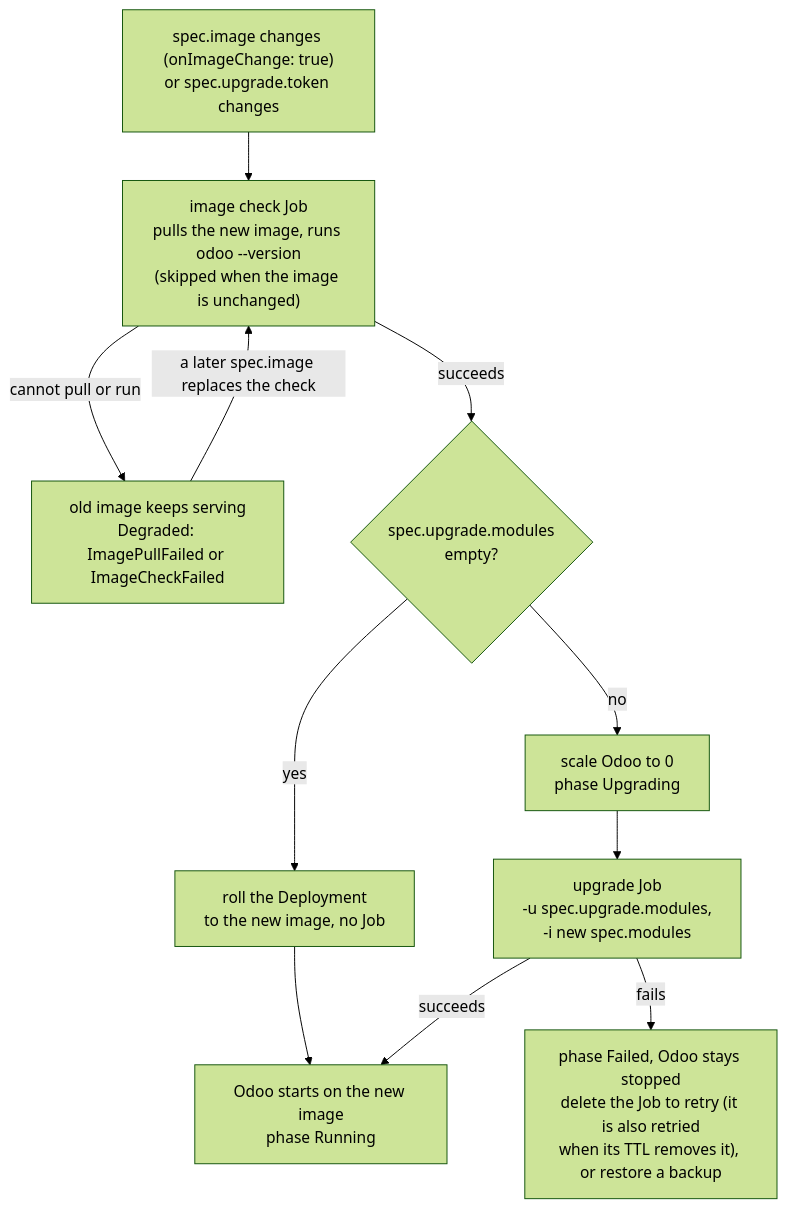
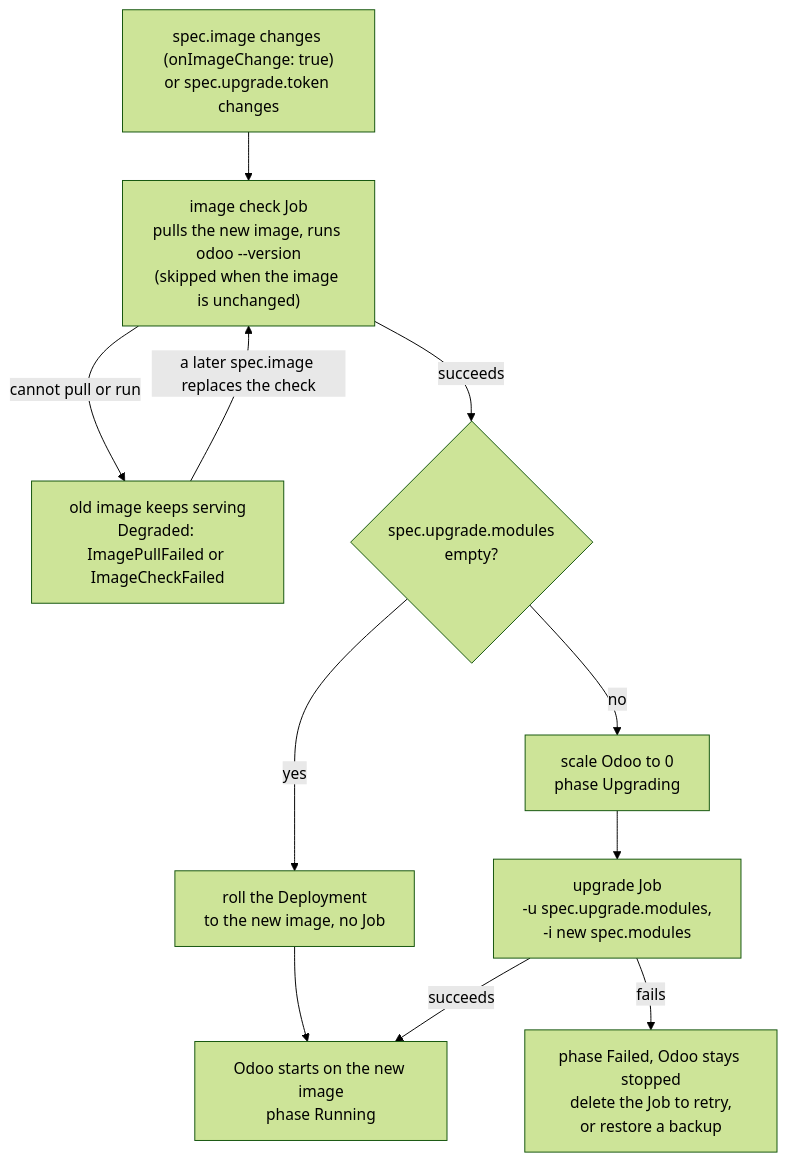
Before and after one commit to MohanadAbugharbia/odoo-operator: the diagram in docs/guides/upgrades.md, drawn with Mermaid (forest theme). The commit also changed other lines of this file and 10 other files, not shown here.

First line of the commit message:
Keep a failed init or upgrade Job until someone deletes it

````diff
--- a/docs/guides/upgrades.md
+++ b/docs/guides/upgrades.md
@@ -5,21 +5,21 @@
 ```mermaid
 flowchart TD
   trigger["spec.image changes (onImageChange: true)<br/>or spec.upgrade.token changes"]
   check["image check Job<br/>pulls the new image, runs odoo --version<br/>(skipped when the image is unchanged)"]
   old["old image keeps serving<br/>Degraded: ImagePullFailed or ImageCheckFailed"]
   modules{"spec.upgrade.modules<br/>empty?"}
   roll["roll the Deployment<br/>to the new image, no Job"]
   stop["scale Odoo to 0<br/>phase Upgrading"]
   job["upgrade Job<br/>-u spec.upgrade.modules,<br/>-i new spec.modules"]
   running["Odoo starts on the new image<br/>phase Running"]
-  failed["phase Failed, Odoo stays stopped<br/>delete the Job to retry (it is also retried<br/>when its TTL removes it), or restore a backup"]
+  failed["phase Failed, Odoo stays stopped<br/>delete the Job to retry,<br/>or restore a backup"]
 
   trigger --> check
   check -- "cannot pull or run" --> old
   old -- "a later spec.image replaces the check" --> check
   check -- "succeeds" --> modules
   modules -- yes --> roll --> running
   modules -- no --> stop --> job
   job -- succeeds --> running
   job -- fails --> failed
 ```
````
